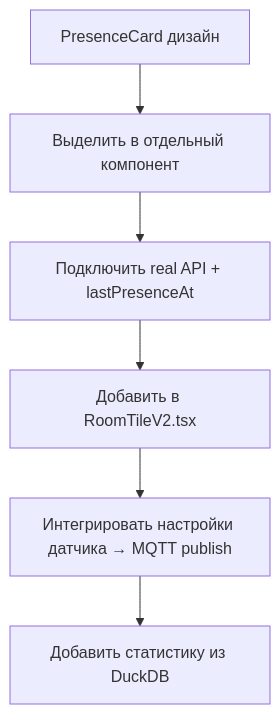
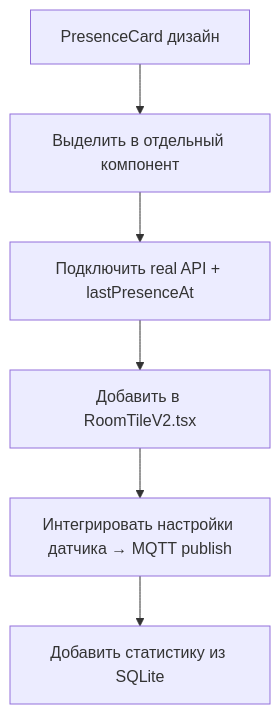
One commit to demossml/smart-estate changed the diagram in design/PresenceCard_design.md. Above: the diagram before and after it, drawn with Mermaid. The commit also changed 13 other files, not shown here.

First line of the commit message:
chore: полное удаление DuckDB — переезд на pure SQLite (better-sqlite3)

````diff
--- a/design/PresenceCard_design.md
+++ b/design/PresenceCard_design.md
@@ -135,8 +135,8 @@
 ```mermaid
 graph TD
     A[PresenceCard дизайн] --> B[Выделить в отдельный компонент]
     B --> C[Подключить real API + lastPresenceAt]
     C --> D[Добавить в RoomTileV2.tsx]
     D --> E[Интегрировать настройки датчика → MQTT publish]
-    E --> F[Добавить статистику из DuckDB]
+    E --> F[Добавить статистику из SQLite]
 ```
````
